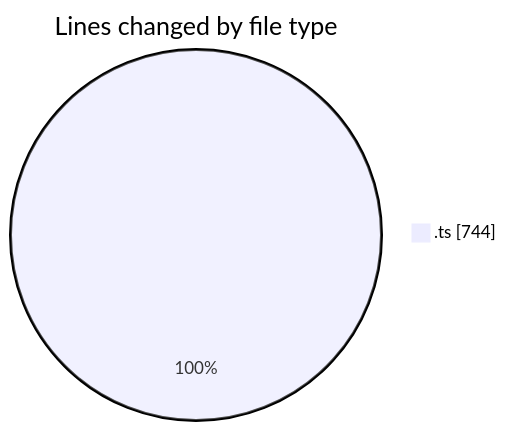
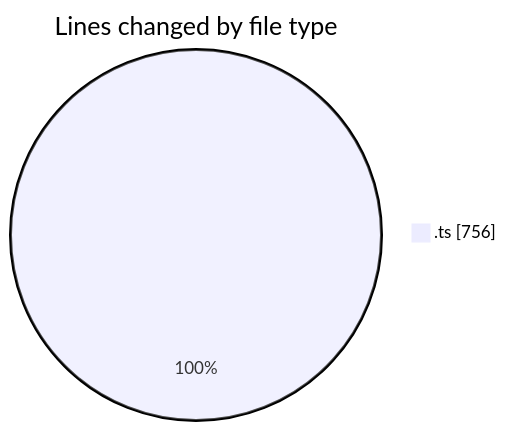
Before and after one commit to nxtqubesakshisongat/code-tracking: the first of 2 diagrams in 2026-03-04/nxtqube_webapp/README.md, drawn with Mermaid. The commit also changed other lines of this file and 1 other file, not shown here.

````diff
--- a/2026-03-04/nxtqube_webapp/README.md
+++ b/2026-03-04/nxtqube_webapp/README.md
@@ -20,5 +20,5 @@
 ```mermaid
 pie showData
 title Lines changed by file type
-".ts" : 744
+".ts" : 756
 ```
````
